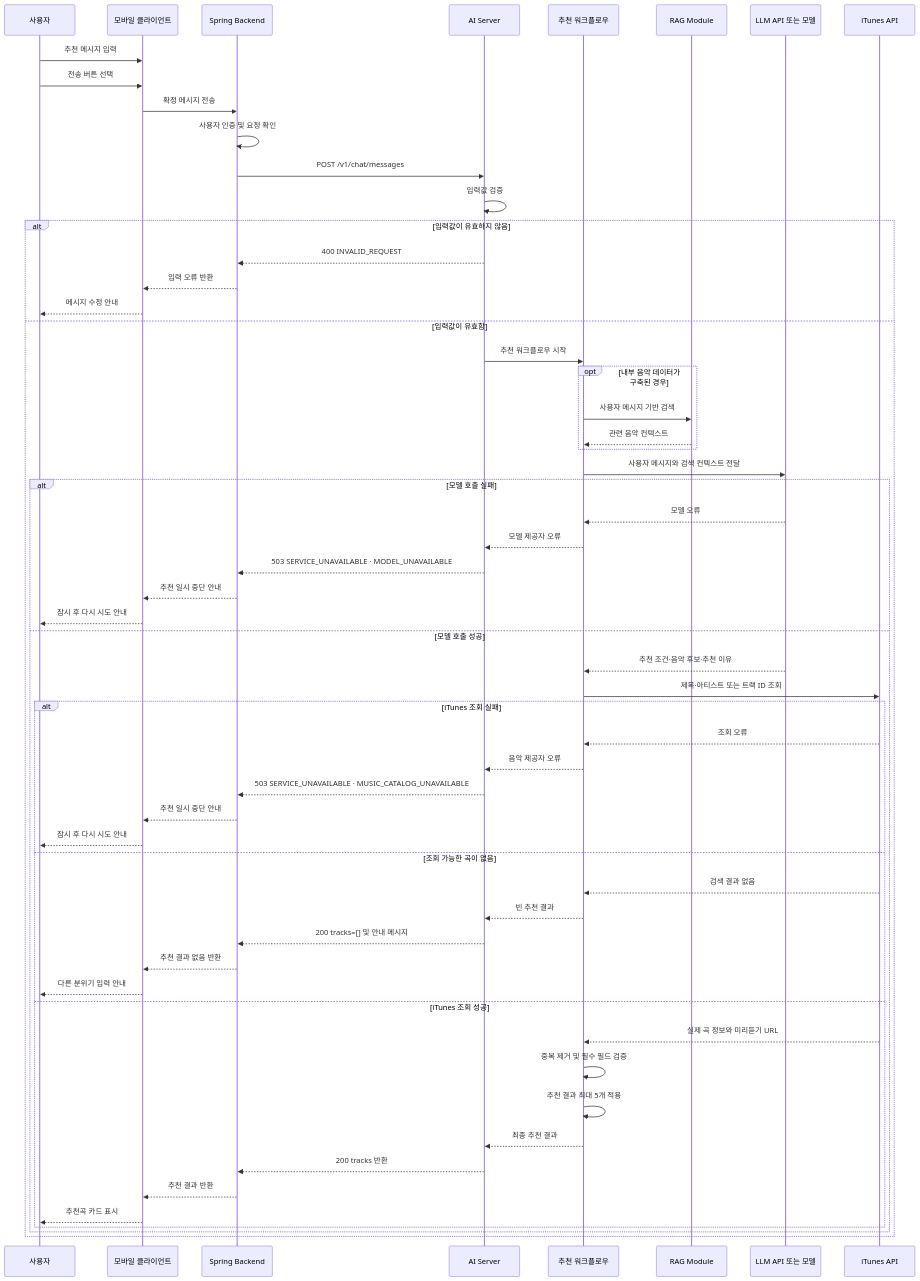
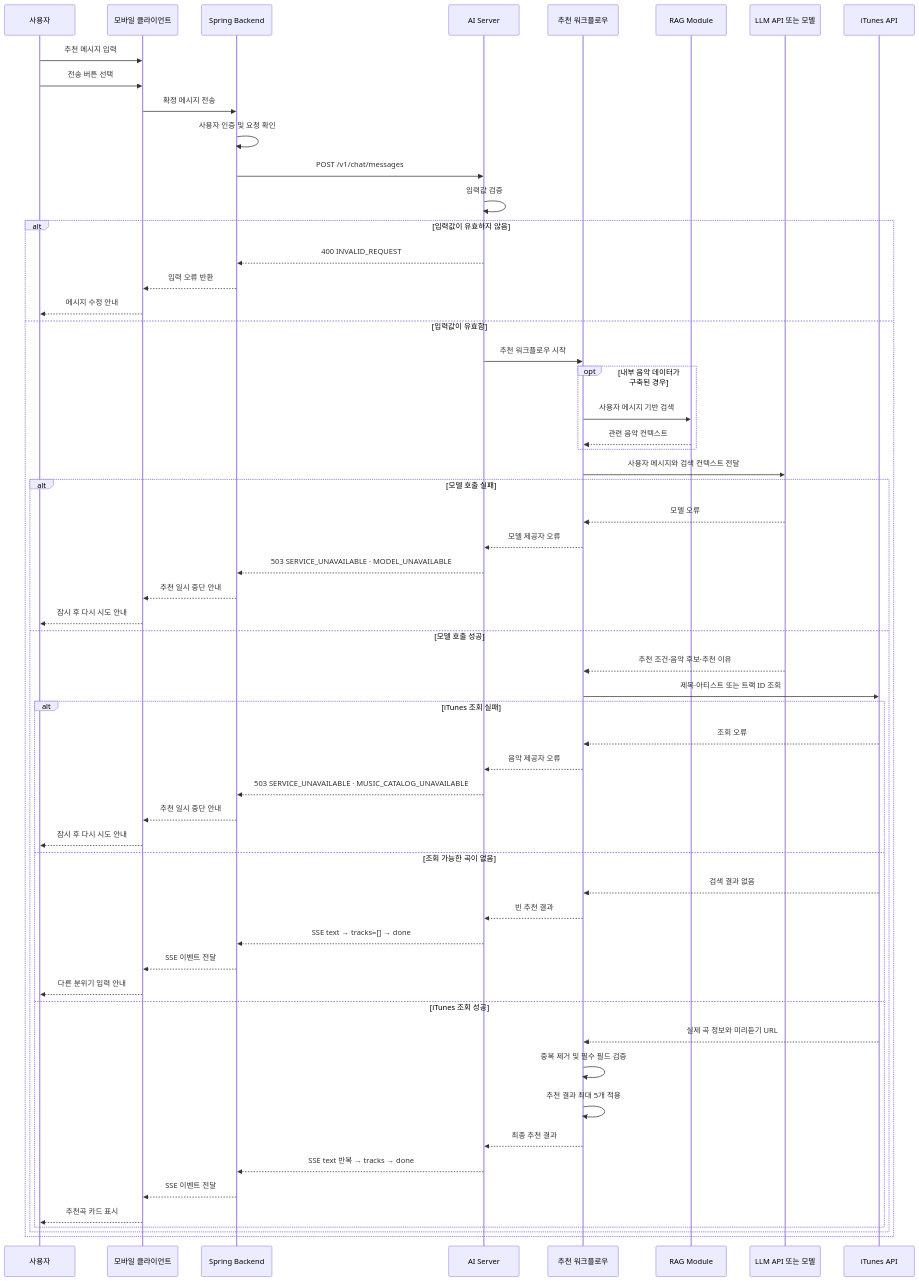
The second of 5 diagrams in docs/wiki/week1/01-모델-API-설계.md (100-hours-a-week/KTB4-18th-AI), drawn with Mermaid before and after one commit. The commit also changed other lines of this file, not shown here.

````diff
--- a/docs/wiki/week1/01-모델-API-설계.md
+++ b/docs/wiki/week1/01-모델-API-설계.md
@@ -54,66 +54,66 @@
 ```mermaid
 sequenceDiagram
     participant U as 사용자
     participant F as 모바일 클라이언트
     participant S as Spring Backend
     participant A as AI Server
     participant W as 추천 워크플로우
     participant R as RAG Module
     participant L as LLM API 또는 모델
     participant M as iTunes API
 
     U->>F: 추천 메시지 입력
     U->>F: 전송 버튼 선택
     F->>S: 확정 메시지 전송
     S->>S: 사용자 인증 및 요청 확인
     S->>A: POST /v1/chat/messages
     A->>A: 입력값 검증
 
     alt 입력값이 유효하지 않음
         A-->>S: 400 INVALID_REQUEST
         S-->>F: 입력 오류 반환
         F-->>U: 메시지 수정 안내
     else 입력값이 유효함
         A->>W: 추천 워크플로우 시작
 
         opt 내부 음악 데이터가 구축된 경우
             W->>R: 사용자 메시지 기반 검색
             R-->>W: 관련 음악 컨텍스트
         end
 
         W->>L: 사용자 메시지와 검색 컨텍스트 전달
 
         alt 모델 호출 실패
             L-->>W: 모델 오류
             W-->>A: 모델 제공자 오류
             A-->>S: 503 SERVICE_UNAVAILABLE · MODEL_UNAVAILABLE
             S-->>F: 추천 일시 중단 안내
             F-->>U: 잠시 후 다시 시도 안내
         else 모델 호출 성공
             L-->>W: 추천 조건·음악 후보·추천 이유
             W->>M: 제목·아티스트 또는 트랙 ID 조회
 
             alt iTunes 조회 실패
                 M-->>W: 조회 오류
                 W-->>A: 음악 제공자 오류
                 A-->>S: 503 SERVICE_UNAVAILABLE · MUSIC_CATALOG_UNAVAILABLE
                 S-->>F: 추천 일시 중단 안내
                 F-->>U: 잠시 후 다시 시도 안내
             else 조회 가능한 곡이 없음
                 M-->>W: 검색 결과 없음
                 W-->>A: 빈 추천 결과
-                A-->>S: 200 tracks=[] 및 안내 메시지
-                S-->>F: 추천 결과 없음 반환
+                A-->>S: SSE text → tracks=[] → done
+                S-->>F: SSE 이벤트 전달
                 F-->>U: 다른 분위기 입력 안내
             else iTunes 조회 성공
                 M-->>W: 실제 곡 정보와 미리듣기 URL
                 W->>W: 중복 제거 및 필수 필드 검증
                 W->>W: 추천 결과 최대 5개 적용
                 W-->>A: 최종 추천 결과
-                A-->>S: 200 tracks 반환
-                S-->>F: 추천 결과 반환
+                A-->>S: SSE text 반복 → tracks → done
+                S-->>F: SSE 이벤트 전달
                 F-->>U: 추천곡 카드 표시
             end
         end
     end
 ```
````
